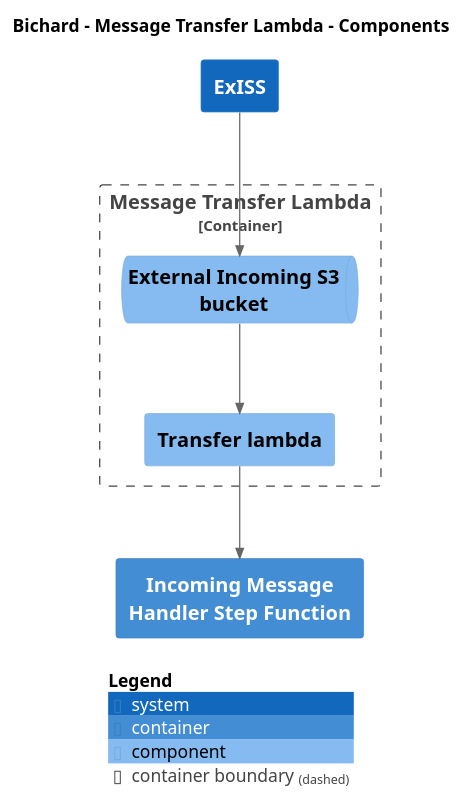
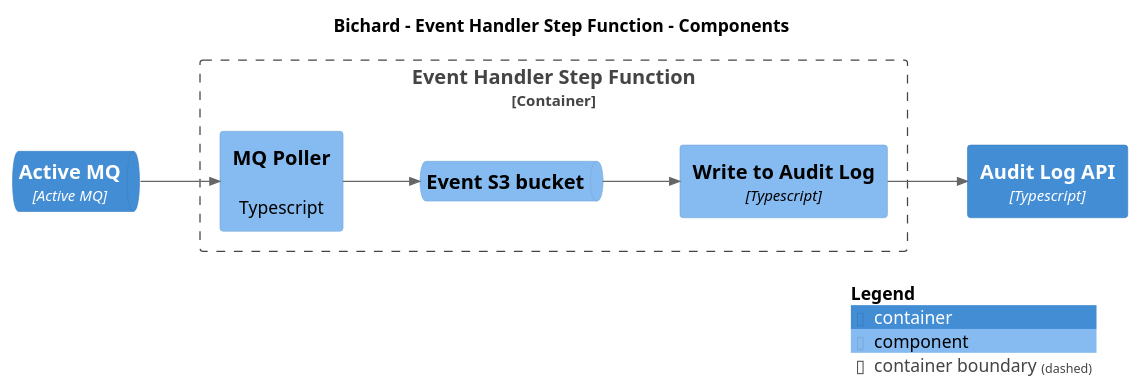
The diagram in main/puml/Component-003.puml (ministryofjustice/bichard7-next-core), drawn with PlantUML before and after one commit. The commit also changed 178 other files, not shown here.

```diff
--- a/main/puml/Component-003.puml
+++ b/main/puml/Component-003.puml
@@ -1,25 +1,27 @@
 @startuml
 set separator none
-title Bichard - Message Transfer Lambda - Components
+title Bichard - Event Handler Step Function - Components
 
-top to bottom direction
+left to right direction
 
 !include <C4/C4>
 !include <C4/C4_Context>
 !include <C4/C4_Container>
 !include <C4/C4_Component>
 
-System(ExISS, "ExISS", $descr="", $tags="", $link="")
-Container(Bichard.IncomingMessageHandlerStepFunction, "Incoming Message Handler Step Function", $techn="", $descr="", $tags="", $link="")
+ContainerQueue(Bichard.ActiveMQ, "Active MQ", $techn="Active MQ", $descr="", $tags="", $link="")
+Container(Bichard.AuditLogAPI, "Audit Log API", $techn="Typescript", $descr="", $tags="", $link="")
 
-Container_Boundary("Bichard.MessageTransferLambda_boundary", "Message Transfer Lambda", $tags="") {
-  ComponentQueue(Bichard.MessageTransferLambda.ExternalIncomingS3bucket, "External Incoming S3 bucket", $techn="", $descr="", $tags="", $link="")
-  Component(Bichard.MessageTransferLambda.Transferlambda, "Transfer lambda", $techn="", $descr="", $tags="", $link="")
+Container_Boundary("Bichard.EventHandlerStepFunction_boundary", "Event Handler Step Function", $tags="") {
+  Component(Bichard.EventHandlerStepFunction.MQPoller, "MQ Poller", $techn="", $descr="Typescript", $tags="", $link="")
+  ComponentQueue(Bichard.EventHandlerStepFunction.EventS3bucket, "Event S3 bucket", $techn="", $descr="", $tags="", $link="")
+  Component(Bichard.EventHandlerStepFunction.WritetoAuditLog, "Write to Audit Log", $techn="Typescript", $descr="", $tags="", $link="")
 }
 
-Rel(ExISS, Bichard.MessageTransferLambda.ExternalIncomingS3bucket, "", $techn="", $tags="", $link="")
-Rel(Bichard.MessageTransferLambda.ExternalIncomingS3bucket, Bichard.MessageTransferLambda.Transferlambda, "", $techn="", $tags="", $link="")
-Rel(Bichard.MessageTransferLambda.Transferlambda, Bichard.IncomingMessageHandlerStepFunction, "", $techn="", $tags="", $link="")
+Rel(Bichard.ActiveMQ, Bichard.EventHandlerStepFunction.MQPoller, "", $techn="", $tags="", $link="")
+Rel(Bichard.EventHandlerStepFunction.MQPoller, Bichard.EventHandlerStepFunction.EventS3bucket, "", $techn="", $tags="", $link="")
+Rel(Bichard.EventHandlerStepFunction.EventS3bucket, Bichard.EventHandlerStepFunction.WritetoAuditLog, "", $techn="", $tags="", $link="")
+Rel(Bichard.EventHandlerStepFunction.WritetoAuditLog, Bichard.AuditLogAPI, "", $techn="", $tags="", $link="")
 
 SHOW_LEGEND(true)
 @enduml
```
